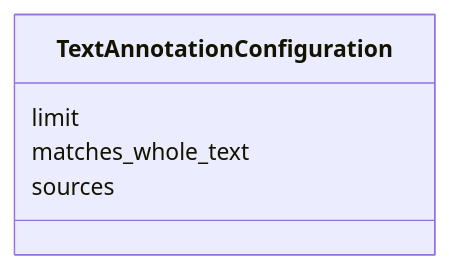
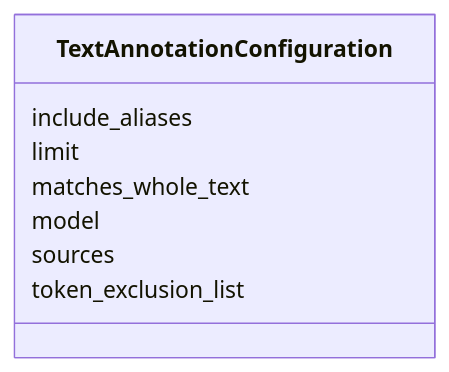
The diagram in text-annotator/TextAnnotationConfiguration.md (cthoyt/ontology-access-kit), drawn with Mermaid before and after one commit. The commit also changed other lines of this file and 2537 other files, not shown here.

````diff
--- a/text-annotator/TextAnnotationConfiguration.md
+++ b/text-annotator/TextAnnotationConfiguration.md
@@ -13,8 +11,11 @@
 ```{mermaid}
  classDiagram
     class TextAnnotationConfiguration
+      TextAnnotationConfiguration : include_aliases
       TextAnnotationConfiguration : limit
       TextAnnotationConfiguration : matches_whole_text
+      TextAnnotationConfiguration : model
       TextAnnotationConfiguration : sources
+      TextAnnotationConfiguration : token_exclusion_list
       
 ```
````
